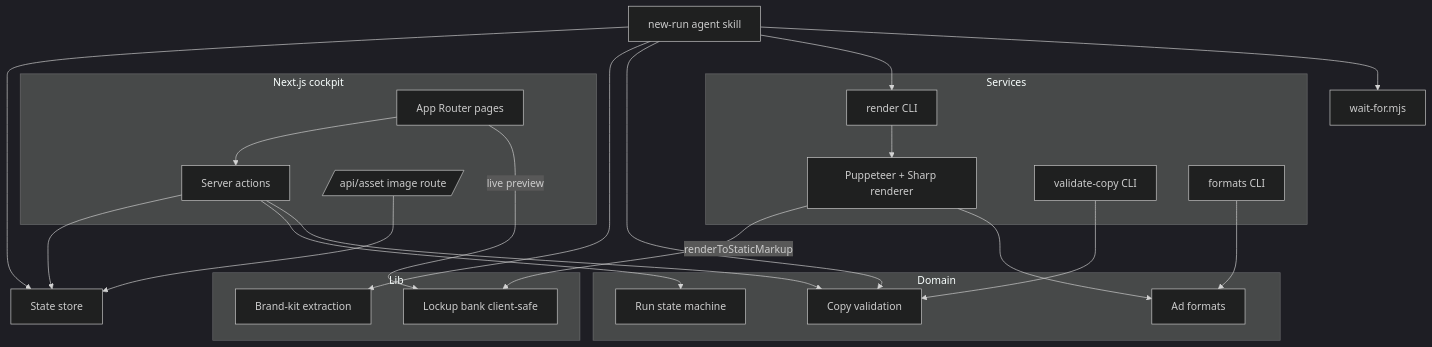
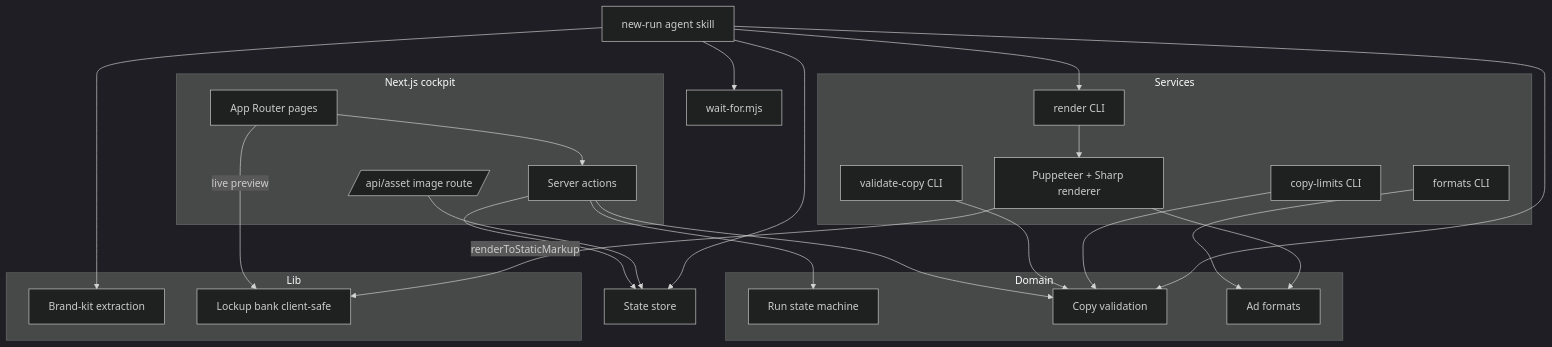
The second of 2 diagrams in docs/architecture/overview.md (jfa94/asset-generator), drawn with Mermaid (dark theme) before and after one commit. The commit also changed other lines of this file and 13 other files, not shown here.

First line of the commit message:
List copy limits from the CLI (#11)

````diff
--- a/docs/architecture/overview.md
+++ b/docs/architecture/overview.md
@@ -59,43 +59,45 @@
 ```mermaid
 graph TD
     subgraph Cockpit[Next.js cockpit]
         Pages[App Router pages]
         Actions[Server actions]
         AssetAPI[/api/asset image route/]
     end
     Store[State store]
     subgraph DomainLayer[Domain]
         RunFsm[Run state machine]
         CopyVal[Copy validation]
         Formats[Ad formats]
     end
     subgraph LibLayer[Lib]
         BrandKit[Brand-kit extraction]
         Lockups[Lockup bank client-safe]
     end
     subgraph Services[Services]
         Render[Puppeteer + Sharp renderer]
         RenderCLI[render CLI]
         CopyCLI[validate-copy CLI]
         FormatsCLI[formats CLI]
+        CopyLimitsCLI[copy-limits CLI]
     end
     Skill[new-run agent skill]
     Wait[wait-for.mjs]
 
     Pages --> Actions
     Pages -->|live preview| Lockups
     Actions --> Store
     Actions --> RunFsm
     Actions --> CopyVal
     AssetAPI --> Store
     RenderCLI --> Render
     CopyCLI --> CopyVal
     FormatsCLI --> Formats
+    CopyLimitsCLI --> CopyVal
     Render -->|renderToStaticMarkup| Lockups
     Render --> Formats
     Skill --> Store
     Skill --> BrandKit
     Skill --> CopyVal
     Skill --> RenderCLI
     Skill --> Wait
 ```
````
